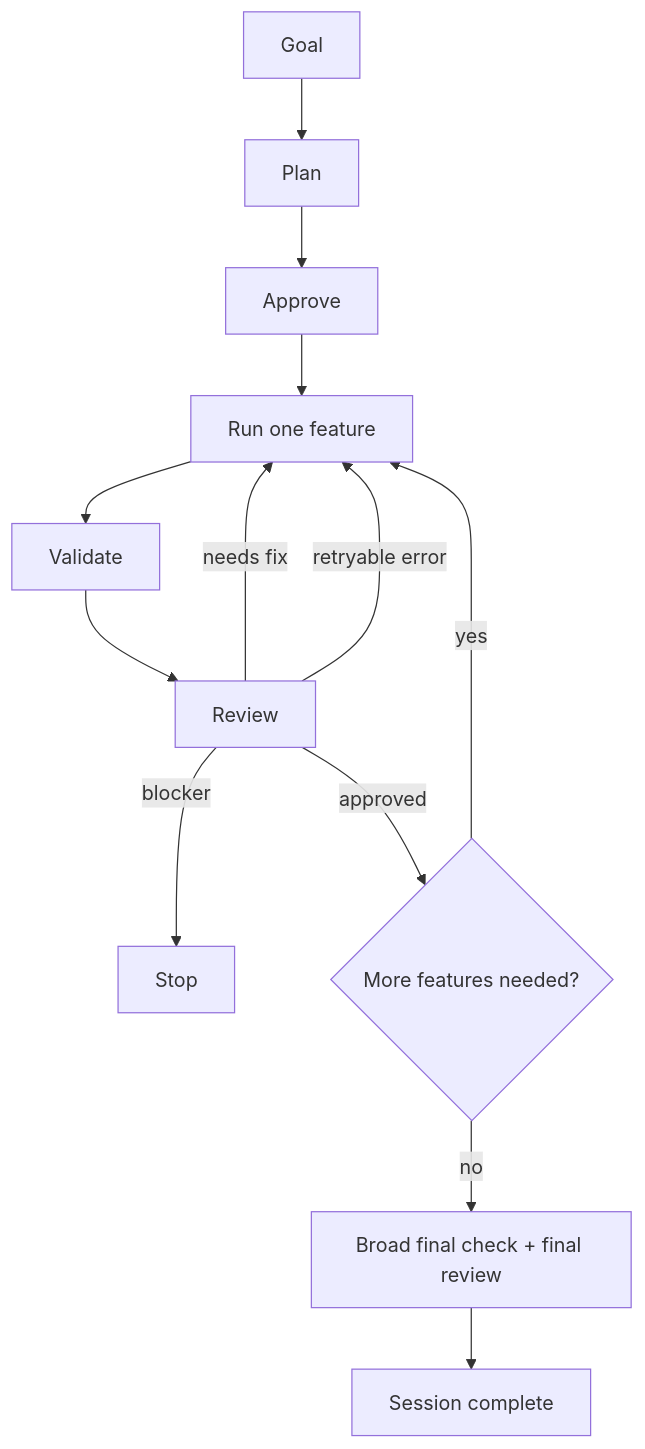
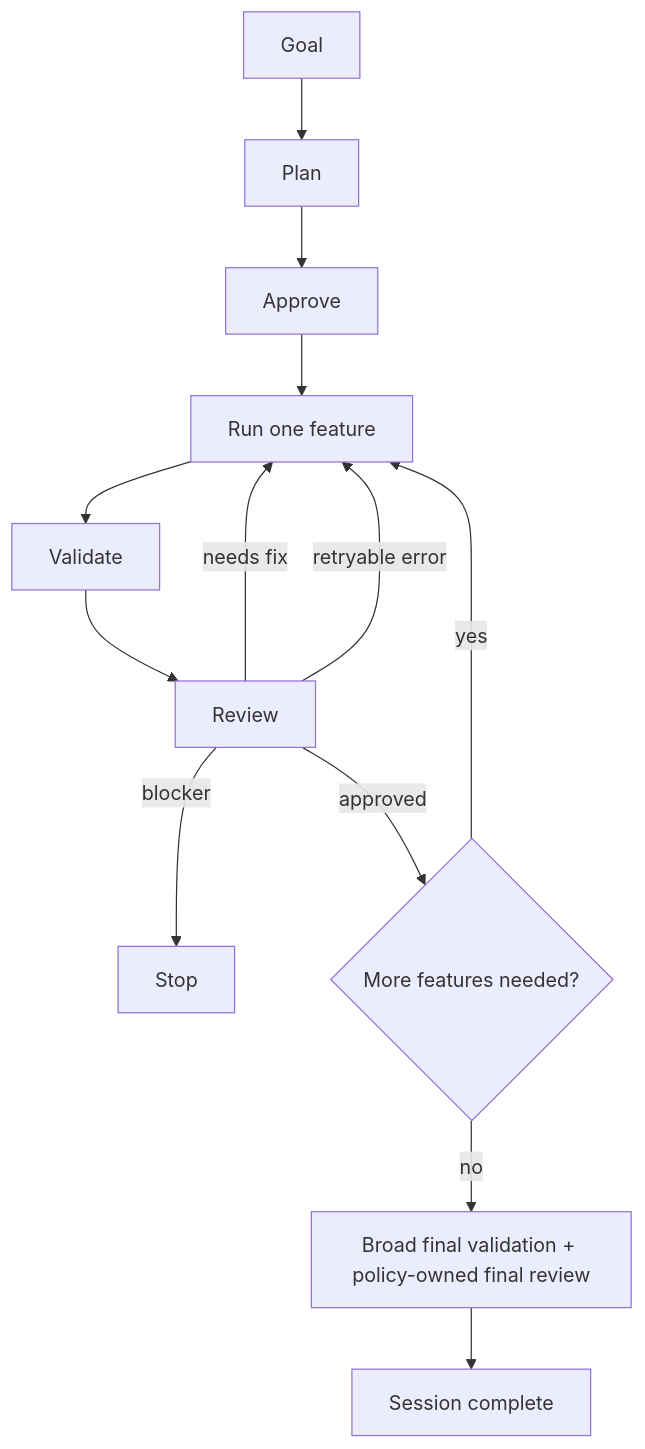
The diagram in README.md (ddv1982/flow-opencode), drawn with Mermaid before and after one commit. The commit also changed other lines of this file and 80 other files, not shown here.

````diff
--- a/README.md
+++ b/README.md
@@ -204,15 +201,15 @@
 ```mermaid
 flowchart TD
     A[Goal] --> B[Plan]
     B --> C[Approve]
     C --> D[Run one feature]
     D --> E[Validate]
     E --> F[Review]
     F -->|needs fix| D
     F -->|retryable error| D
     F -->|blocker| X[Stop]
     F -->|approved| G{More features needed?}
     G -->|yes| D
-    G -->|no| H[Broad final check + final review]
+    G -->|no| H[Broad final validation + policy-owned final review]
     H --> I[Session complete]
 ```
````
